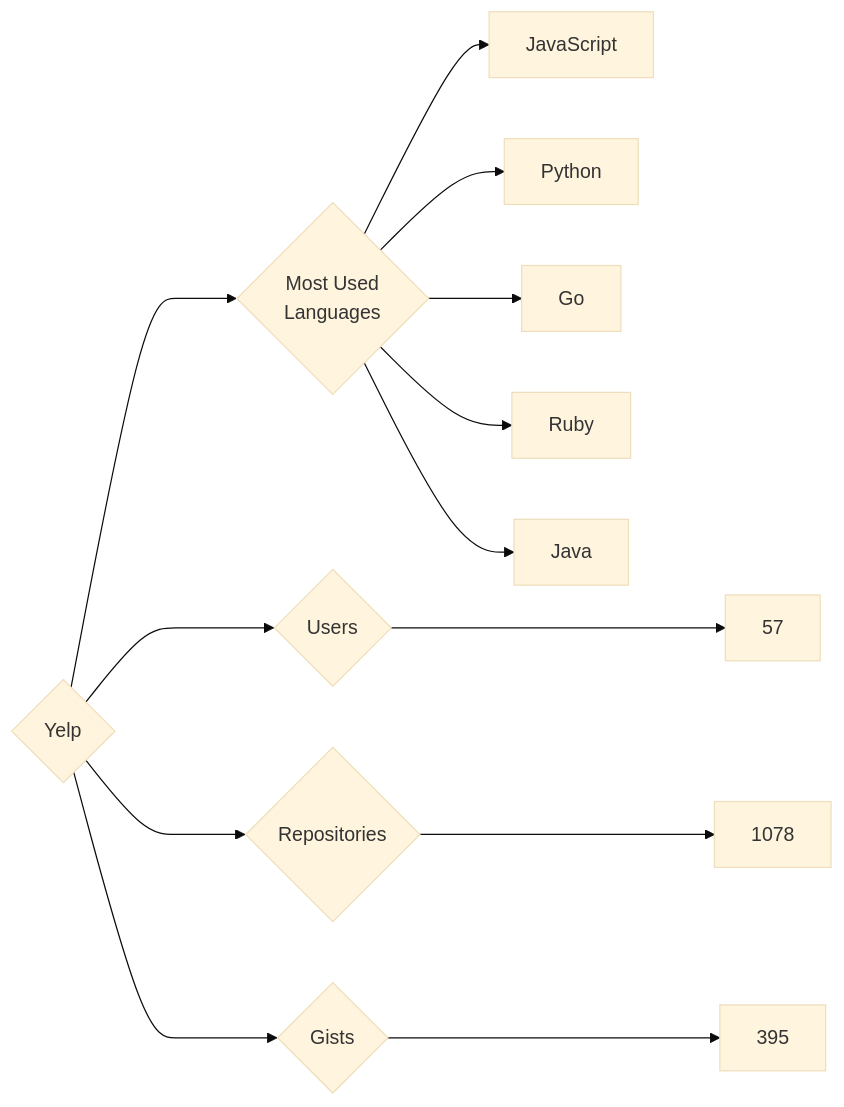
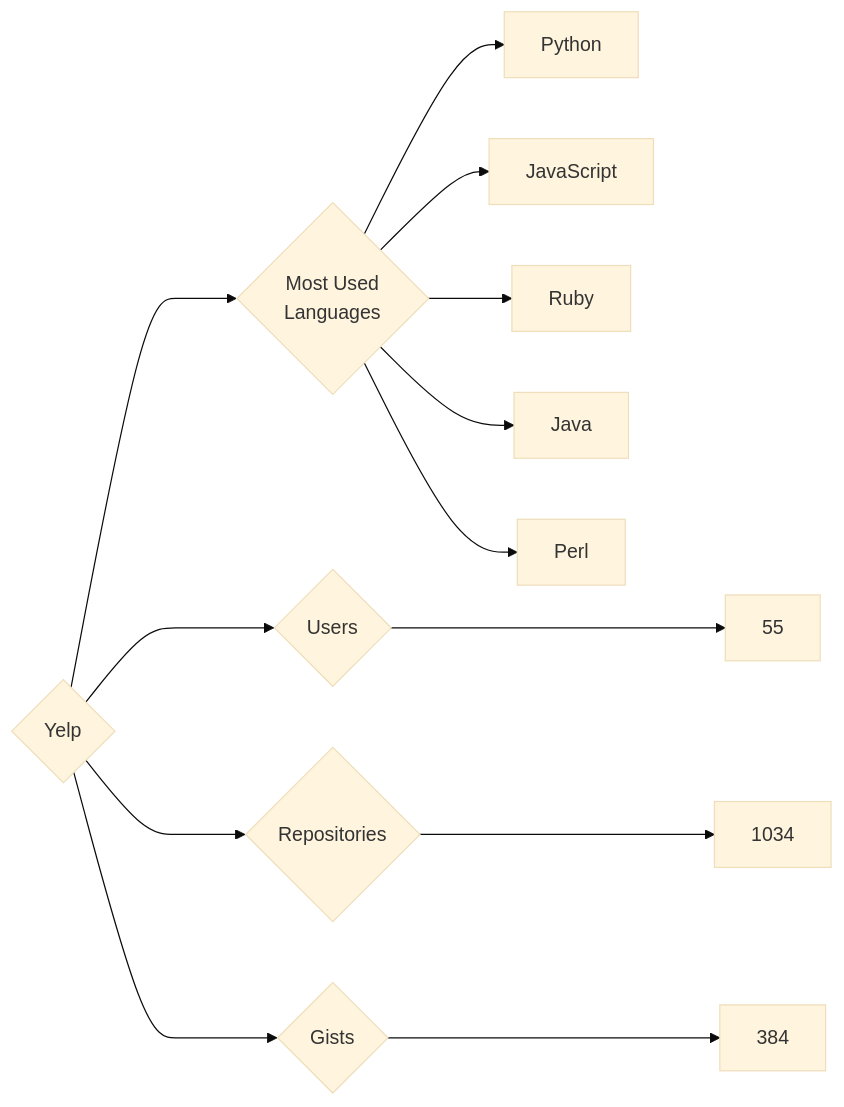
The diagram in targets/Yelp/README.md (trickest/insiders), drawn with Mermaid (base theme) before and after one commit. The commit also changed 799 other files, not shown here.

````diff
--- a/targets/Yelp/README.md
+++ b/targets/Yelp/README.md
@@ -3,13 +3,13 @@
 ```mermaid
 graph LR
 COMPANY_NAME{Yelp}
-COMPANY_NAME ---> U{Users} ---> UN[57]
-COMPANY_NAME ---> R{Repositories} ---> RN[1078]
-COMPANY_NAME ---> G{Gists} ---> GN[395]
+COMPANY_NAME ---> U{Users} ---> UN[55]
+COMPANY_NAME ---> R{Repositories} ---> RN[1034]
+COMPANY_NAME ---> G{Gists} ---> GN[384]
 COMPANY_NAME ---> ML{Most Used<br>Languages}
+ML --> Python[Python]
 ML --> JavaScript[JavaScript]
-ML --> Python[Python]
-ML --> Go[Go]
 ML --> Ruby[Ruby]
 ML --> Java[Java]
+ML --> Perl[Perl]
 ```
````
